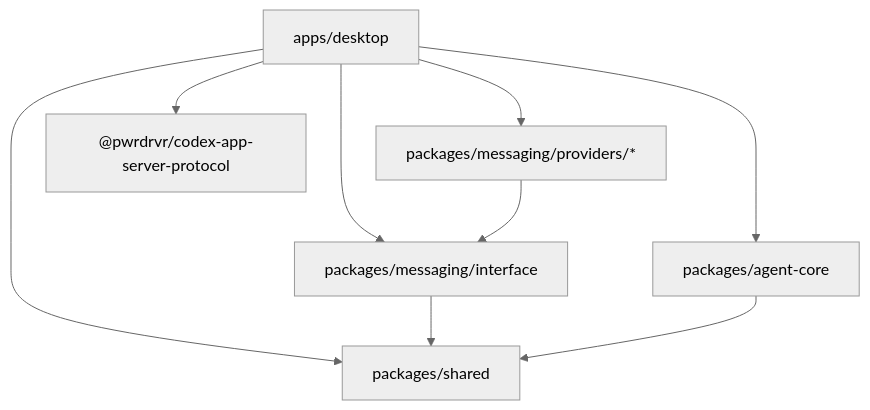
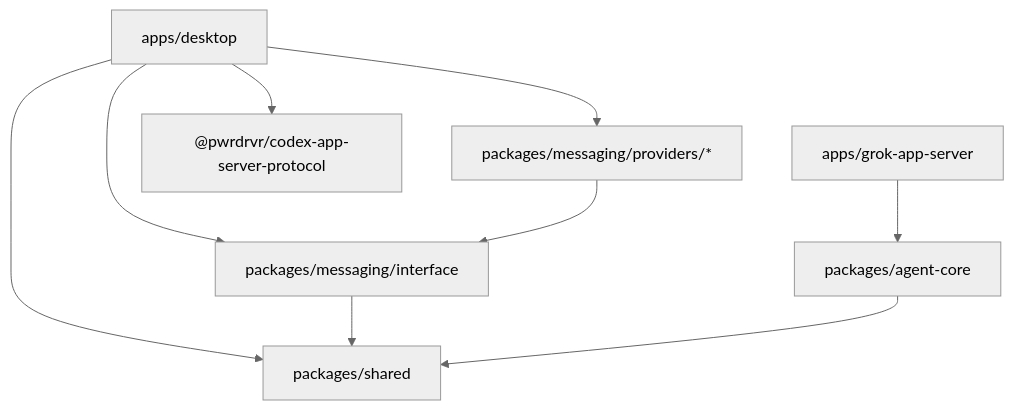
One commit to pwrdrvr/PwrAgent changed the sixth of 6 diagrams in ARCHITECTURE.md. Above: the diagram before and after it, drawn with Mermaid (neutral theme). The commit also changed other lines of this file and 61 other files, not shown here.

Commit message:
refactor(desktop): isolate Grok app server process

````diff
--- a/ARCHITECTURE.md
+++ b/ARCHITECTURE.md
@@ -189,17 +207,18 @@
 ```mermaid
 graph TB
     DesktopApp["apps/desktop"]
+    GrokApp["apps/grok-app-server"]
     AgentCore["packages/agent-core"]
     MsgProviders["packages/messaging/providers/*"]
     MsgInterface["packages/messaging/interface"]
     Shared["packages/shared"]
 
-    DesktopApp --> AgentCore
     DesktopApp --> MsgProviders
     DesktopApp --> MsgInterface
     DesktopApp --> Shared
     DesktopApp --> CodexProto["@pwrdrvr/codex-app-server-protocol"]
+    GrokApp --> AgentCore
     MsgProviders --> MsgInterface
     MsgInterface --> Shared
     AgentCore --> Shared
 ```
````
